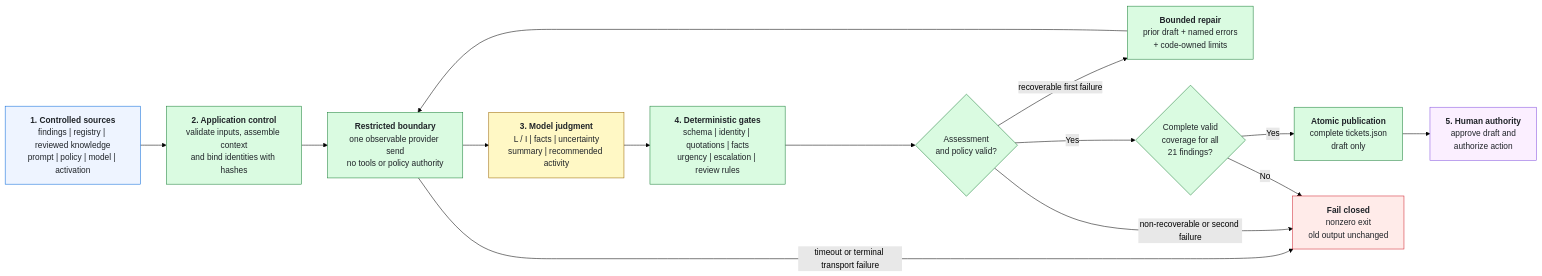
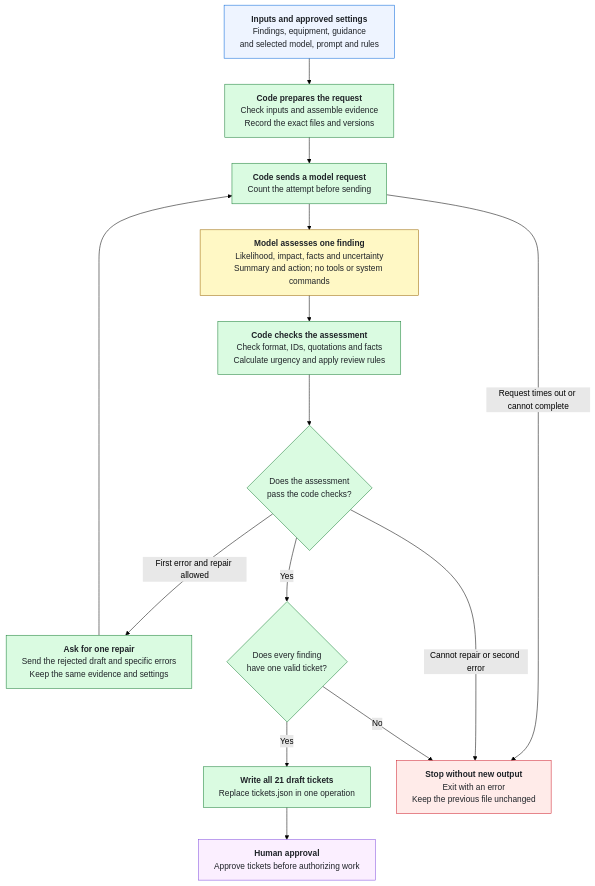
Before and after one commit to ntnguyen-so/inspection-finding-triage: the diagram in DESIGN.md, drawn with Mermaid (forest theme). The commit also changed other lines of this file and 10 other files, not shown here.

First line of the commit message:
docs: simplify English and clarify workflow diagrams

````diff
--- a/DESIGN.md
+++ b/DESIGN.md
@@ -33,34 +38,35 @@
 ```mermaid
-flowchart LR
-    S["<b>1. Controlled sources</b><br/>findings | registry | reviewed knowledge<br/>prompt | policy | model | activation"]
-    CA["<b>2. Application control</b><br/>validate inputs, assemble context<br/>and bind identities with hashes"]
-    PB["<b>Restricted boundary</b><br/>one observable provider send<br/>no tools or policy authority"]
-    MJ["<b>3. Model judgment</b><br/>L / I | facts | uncertainty<br/>summary | recommended activity"]
-    DG["<b>4. Deterministic gates</b><br/>schema | identity | quotations | facts<br/>urgency | escalation | review rules"]
-    RE{"Assessment<br/>and policy valid?"}
-    RP["<b>Bounded repair</b><br/>prior draft + named errors<br/>+ code-owned limits"]
-    CV{"Complete valid<br/>coverage for all<br/>21 findings?"}
-    AP["<b>Atomic publication</b><br/>complete tickets.json<br/>draft only"]
-    HA["<b>5. Human authority</b><br/>approve draft and<br/>authorize action"]
-    FC["<b>Fail closed</b><br/>nonzero exit<br/>old output unchanged"]
+%%{init: {"flowchart": {"wrappingWidth": 360}}}%%
+flowchart TB
+    S["<b>Inputs and approved settings</b><br/>Findings, equipment, guidance<br/>and selected model, prompt and rules"]
+    CA["<b>Code prepares the request</b><br/>Check inputs and assemble evidence<br/>Record the exact files and versions"]
+    PB["<b>Code sends a model request</b><br/>Count the attempt before sending"]
+    MJ["<b>Model assesses one finding</b><br/>Likelihood, impact, facts and uncertainty<br/>Summary and action; no tools or system commands"]
+    DG["<b>Code checks the assessment</b><br/>Check format, IDs, quotations and facts<br/>Calculate urgency and apply review rules"]
+    RE{"Does the assessment<br/>pass the code checks?"}
+    RP["<b>Ask for one repair</b><br/>Send the rejected draft and specific errors<br/>Keep the same evidence and settings"]
+    CV{"Does every finding<br/>have one valid ticket?"}
+    AP["<b>Write all 21 draft tickets</b><br/>Replace tickets.json in one operation"]
+    HA["<b>Human approval</b><br/>Approve tickets before authorizing work"]
+    FC["<b>Stop without new output</b><br/>Exit with an error<br/>Keep the previous file unchanged"]
 
     S --> CA --> PB --> MJ --> DG --> RE
-    PB -- "timeout or terminal transport failure" --> FC
+    PB -- "Request times out or cannot complete" --> FC
     RE -- Yes --> CV
-    RE -- "recoverable first failure" --> RP --> PB
-    RE -- "non-recoverable or second failure" --> FC
+    RE -- "First error and repair allowed" --> RP --> PB
+    RE -- "Cannot repair or second error" --> FC
     CV -- Yes --> AP --> HA
     CV -- No --> FC
 
     classDef source fill:#eef4ff,stroke:#0969da,color:#1f2328;
     classDef app fill:#dafbe1,stroke:#1a7f37,color:#1f2328;
     classDef model fill:#fff8c5,stroke:#9a6700,color:#1f2328;
     classDef human fill:#fbefff,stroke:#8250df,color:#1f2328;
     classDef failure fill:#ffebe9,stroke:#cf222e,color:#1f2328;
 
     class S source;
     class CA,PB,DG,RE,RP,CV,AP app;
     class MJ model;
     class HA human;
     class FC failure;
 ```
````
